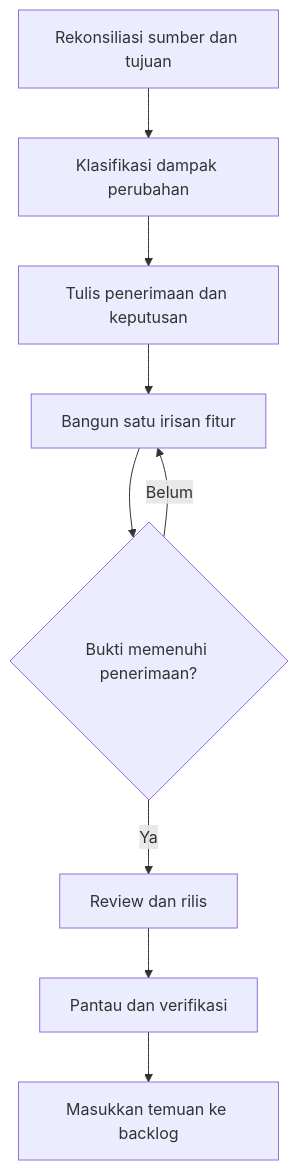
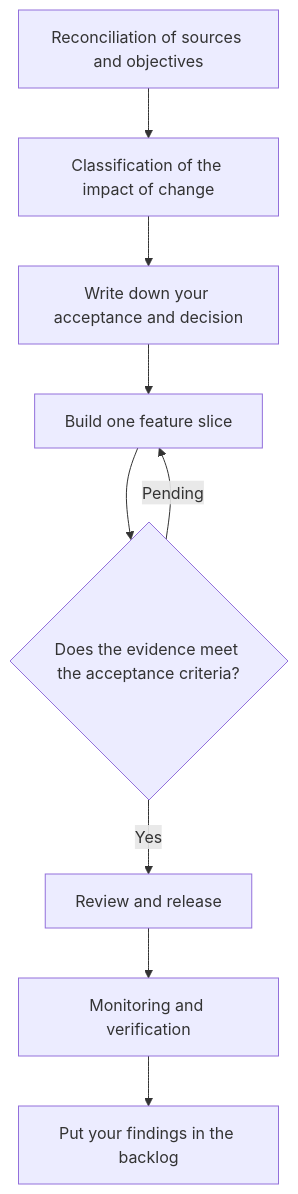
Before and after one commit to herdifirdausss/mamony-go: the first of 2 diagrams in docs/research/engineering-workflow-v5.md, drawn with Mermaid. The commit also changed other lines of this file and 11 other files, not shown here.

````diff
--- a/docs/research/engineering-workflow-v5.md
+++ b/docs/research/engineering-workflow-v5.md
@@ -41,11 +41,11 @@
 ```mermaid
 flowchart TD
-    A["Rekonsiliasi sumber dan tujuan"] --> B["Klasifikasi dampak perubahan"]
-    B --> C["Tulis penerimaan dan keputusan"]
-    C --> D["Bangun satu irisan fitur"]
-    D --> E{"Bukti memenuhi penerimaan?"}
-    E -->|Belum| D
-    E -->|Ya| F["Review dan rilis"]
-    F --> G["Pantau dan verifikasi"]
-    G --> H["Masukkan temuan ke backlog"]
+    A["Reconciliation of sources and objectives"] --> B["Classification of the impact of change"]
+    B --> C["Write down your acceptance and decision"]
+    C --> D["Build one feature slice"]
+    D --> E{"Does the evidence meet the acceptance criteria?"}
+    E -->|Pending| D
+    E -->|Yes| F["Review and release"]
+    F --> G["Monitoring and verification"]
+    G --> H["Put your findings in the backlog"]
 ```
````
